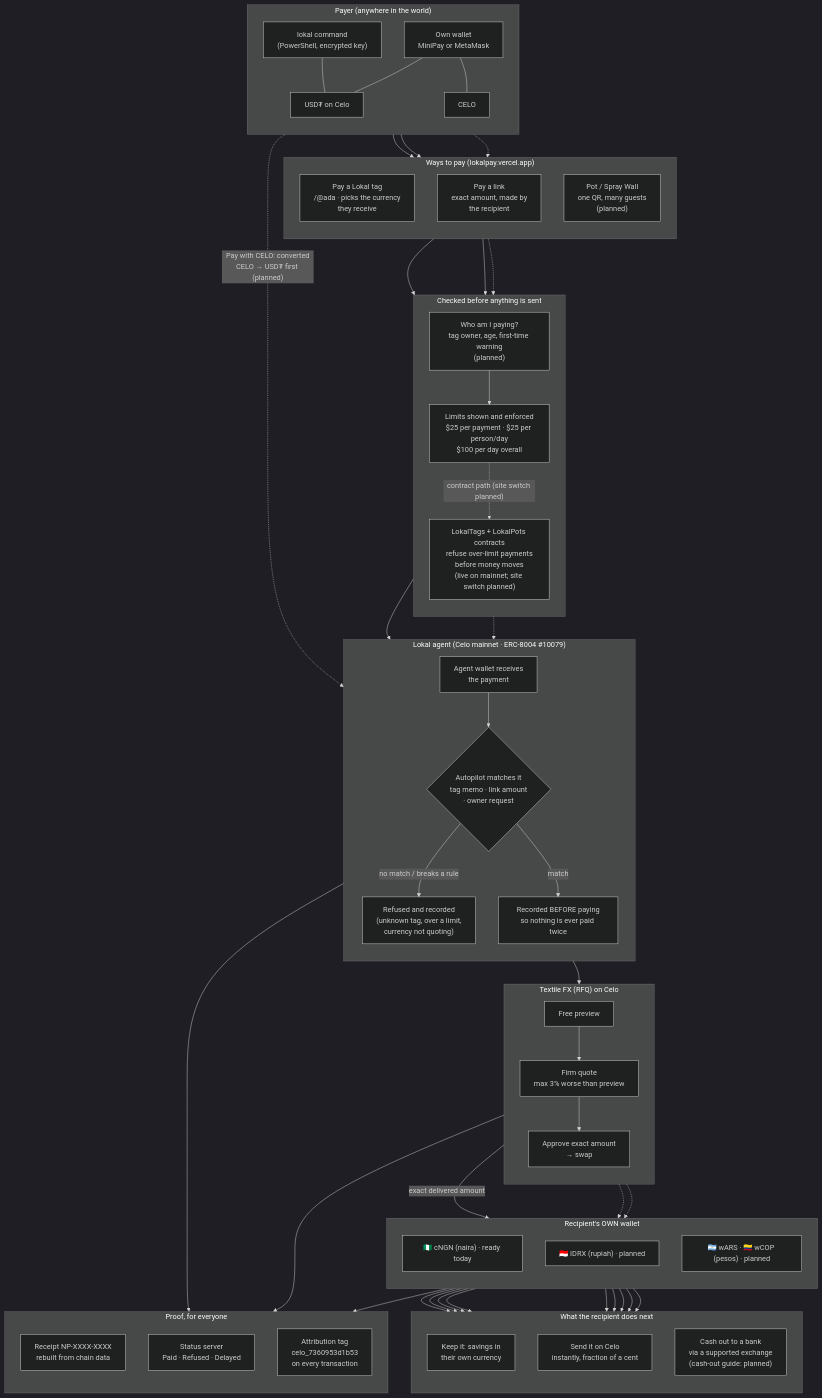
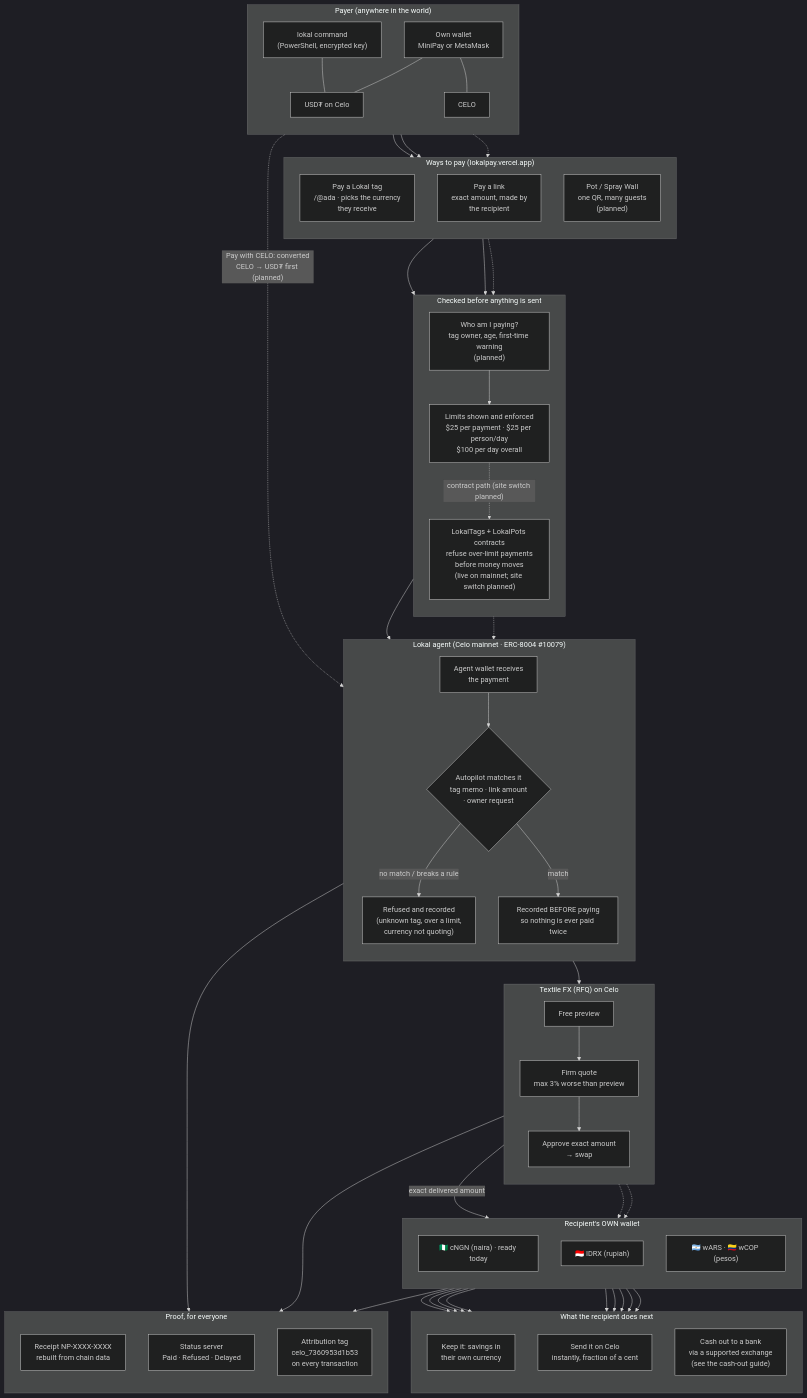
Before and after one commit to deeeko/lokal: the first of 2 diagrams in README.md, drawn with Mermaid (dark theme). The commit also changed other lines of this file and 18 other files, not shown here.

First line of the commit message:
Register the cash-out page everywhere; README for four currencies

```diff
--- a/README.md
+++ b/README.md
@@ -409,8 +417,8 @@
   subgraph RECIPIENT["Recipient's OWN wallet"]
     direction TB
     R1["🇳🇬 cNGN (naira) · ready today"]
-    R2["🇮🇩 IDRX (rupiah) · planned"]
-    R3["🇦🇷 wARS · 🇨🇴 wCOP (pesos) · planned"]
+    R2["🇮🇩 IDRX (rupiah)"]
+    R3["🇦🇷 wARS · 🇨🇴 wCOP (pesos)"]
   end
 
   %% ---------- after ----------
@@ -418,7 +426,7 @@
     direction TB
     X1["Keep it: savings in<br/>their own currency"]
     X2["Send it on Celo<br/>instantly, fraction of a cent"]
-    X3["Cash out to a bank<br/>via a supported exchange<br/>(cash-out guide: planned)"]
+    X3["Cash out to a bank<br/>via a supported exchange<br/>(see the cash-out guide)"]
   end
 
   %% ---------- proof ----------
```
